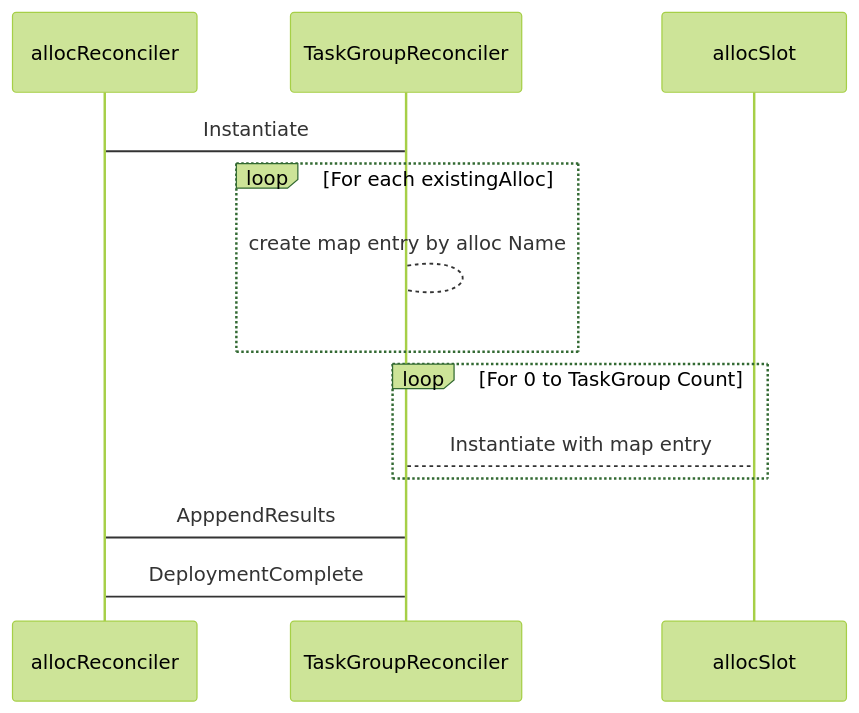
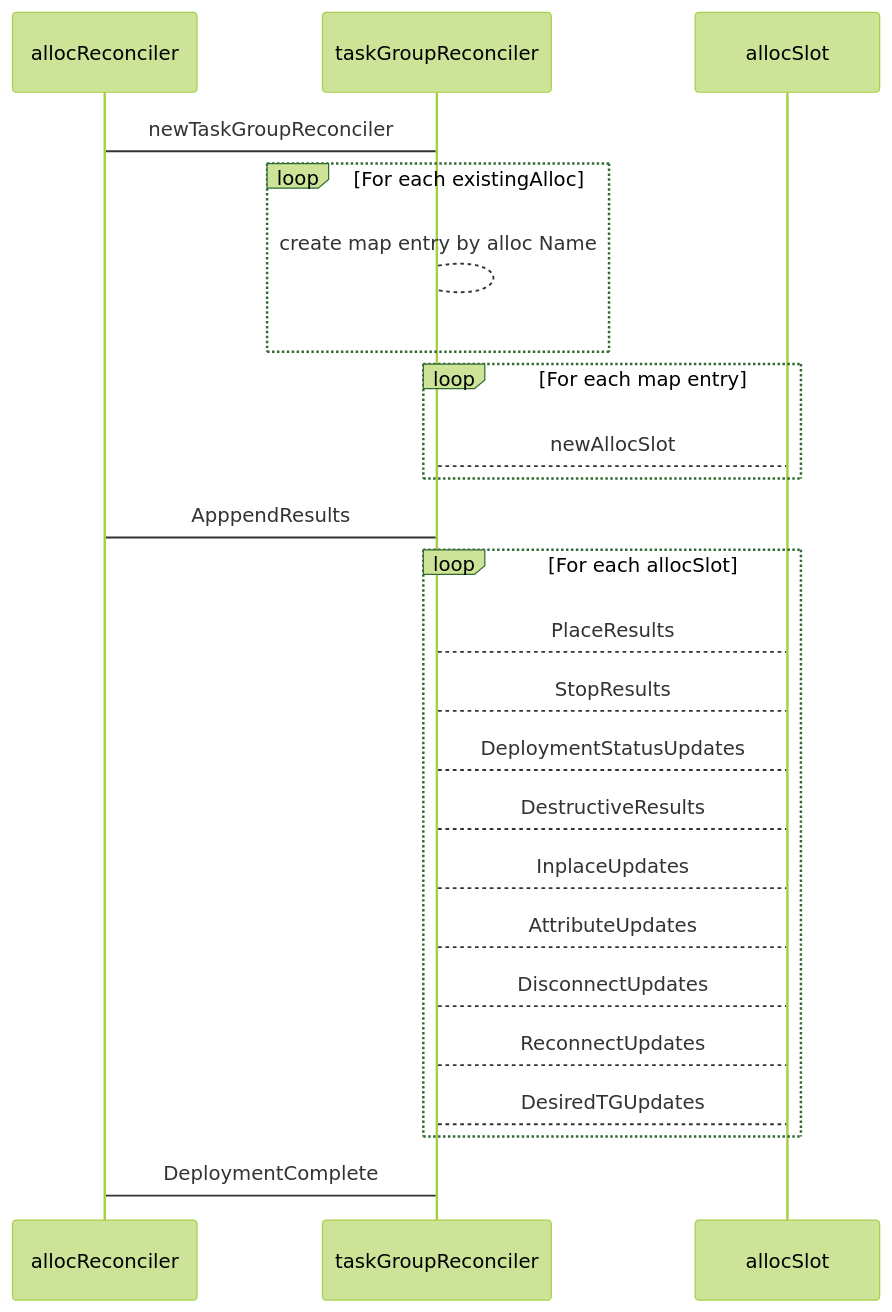
The second of 2 diagrams in scheduler/TASK_GROUP_RECONCILER.md (hashicorp/nomad), drawn with Mermaid (forest theme) before and after one commit.

Commit message:
full sequence diagram

````diff
--- a/scheduler/TASK_GROUP_RECONCILER.md
+++ b/scheduler/TASK_GROUP_RECONCILER.md
@@ -182,12 +182,23 @@
 ```mermaid
 sequenceDiagram
-    allocReconciler->TaskGroupReconciler: Instantiate
+    allocReconciler->taskGroupReconciler: newTaskGroupReconciler
     loop For each existingAlloc
-        TaskGroupReconciler-->TaskGroupReconciler: create map entry by alloc Name
+        taskGroupReconciler-->taskGroupReconciler: create map entry by alloc Name
     end
-    loop For 0 to TaskGroup Count
-        TaskGroupReconciler-->allocSlot: Instantiate with map entry
+    loop For each map entry
+        taskGroupReconciler-->allocSlot: newAllocSlot
     end
-    allocReconciler->TaskGroupReconciler: ApppendResults
-    allocReconciler->TaskGroupReconciler: DeploymentComplete
+    allocReconciler->taskGroupReconciler: ApppendResults
+    loop For each allocSlot
+      taskGroupReconciler-->allocSlot: PlaceResults
+      taskGroupReconciler-->allocSlot: StopResults
+      taskGroupReconciler-->allocSlot: DeploymentStatusUpdates
+      taskGroupReconciler-->allocSlot: DestructiveResults
+      taskGroupReconciler-->allocSlot: InplaceUpdates
+      taskGroupReconciler-->allocSlot: AttributeUpdates
+      taskGroupReconciler-->allocSlot: DisconnectUpdates
+      taskGroupReconciler-->allocSlot: ReconnectUpdates
+      taskGroupReconciler-->allocSlot: DesiredTGUpdates
+    end
+    allocReconciler->taskGroupReconciler: DeploymentComplete
 ```
````
